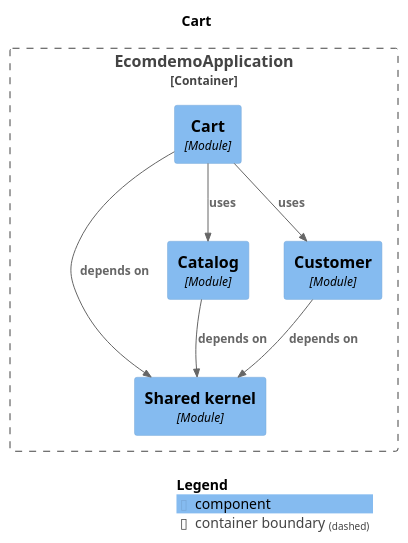
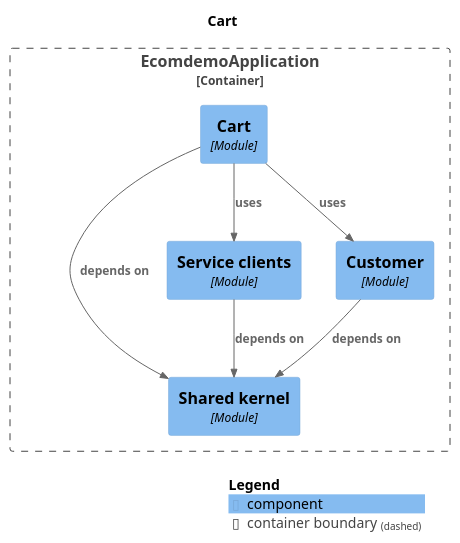
The diagram in docs/modules/module-cart.puml (mr-sujay-patil/ecomdemo), drawn with PlantUML before and after one commit. The commit also changed 91 other files, not shown here.

First line of the commit message:
feat(catalog): extract catalog-service, taking the cache with it

```diff
--- a/docs/modules/module-cart.puml
+++ b/docs/modules/module-cart.puml
@@ -1,25 +1,25 @@
 @startuml
 set separator none
 title Cart
 
 top to bottom direction
 
 !include <C4/C4>
 !include <C4/C4_Context>
 !include <C4/C4_Component>
 
 Container_Boundary("EcomdemoApplication.EcomdemoApplication_boundary", "EcomdemoApplication", $tags="") {
   Component(EcomdemoApplication.EcomdemoApplication.Cart, "Cart", $techn="Module", $descr="", $tags="", $link="")
   Component(EcomdemoApplication.EcomdemoApplication.Sharedkernel, "Shared kernel", $techn="Module", $descr="", $tags="", $link="")
-  Component(EcomdemoApplication.EcomdemoApplication.Catalog, "Catalog", $techn="Module", $descr="", $tags="", $link="")
+  Component(EcomdemoApplication.EcomdemoApplication.Serviceclients, "Service clients", $techn="Module", $descr="", $tags="", $link="")
   Component(EcomdemoApplication.EcomdemoApplication.Customer, "Customer", $techn="Module", $descr="", $tags="", $link="")
 }
 
-Rel(EcomdemoApplication.EcomdemoApplication.Cart, EcomdemoApplication.EcomdemoApplication.Catalog, "uses", $techn="", $tags="", $link="")
 Rel(EcomdemoApplication.EcomdemoApplication.Cart, EcomdemoApplication.EcomdemoApplication.Customer, "uses", $techn="", $tags="", $link="")
+Rel(EcomdemoApplication.EcomdemoApplication.Cart, EcomdemoApplication.EcomdemoApplication.Serviceclients, "uses", $techn="", $tags="", $link="")
 Rel(EcomdemoApplication.EcomdemoApplication.Cart, EcomdemoApplication.EcomdemoApplication.Sharedkernel, "depends on", $techn="", $tags="", $link="")
-Rel(EcomdemoApplication.EcomdemoApplication.Catalog, EcomdemoApplication.EcomdemoApplication.Sharedkernel, "depends on", $techn="", $tags="", $link="")
 Rel(EcomdemoApplication.EcomdemoApplication.Customer, EcomdemoApplication.EcomdemoApplication.Sharedkernel, "depends on", $techn="", $tags="", $link="")
+Rel(EcomdemoApplication.EcomdemoApplication.Serviceclients, EcomdemoApplication.EcomdemoApplication.Sharedkernel, "depends on", $techn="", $tags="", $link="")
 
 SHOW_LEGEND(true)
 @enduml
```
